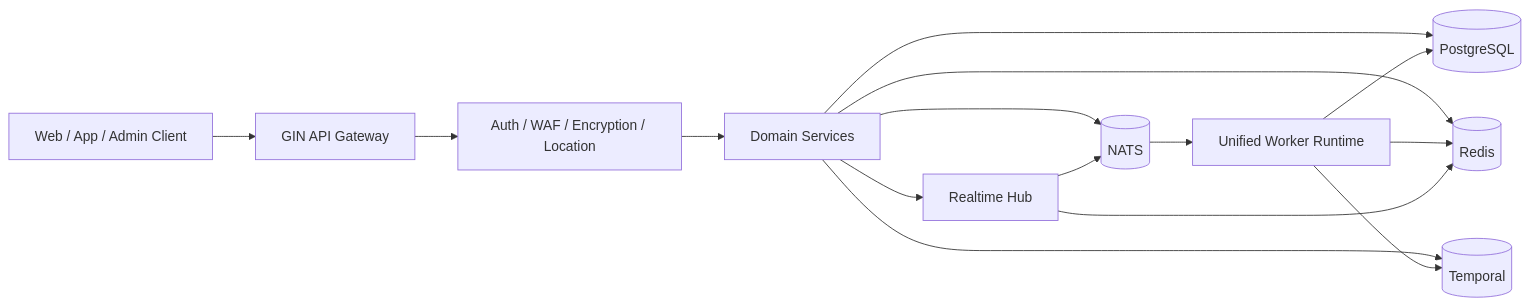
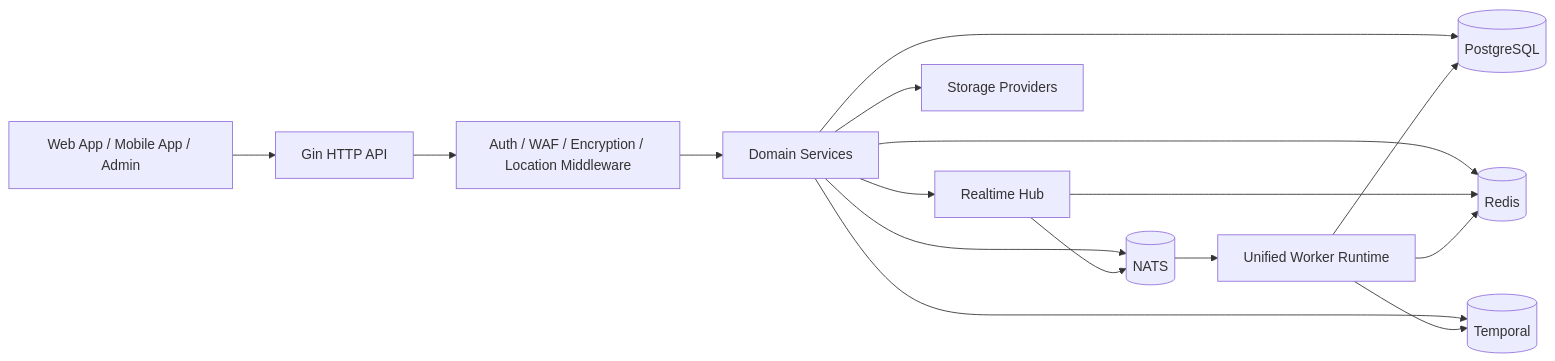
Before and after one commit to MiChongs/aegis: the diagram in README.md, drawn with Mermaid. The commit also changed other lines of this file and 1 other file, not shown here.

````diff
--- a/README.md
+++ b/README.md
@@ -47,28 +85,30 @@
 ```mermaid
 flowchart LR
-    Client[Web / App / Admin Client]
-    Gin[GIN API Gateway]
-    Middleware[Auth / WAF / Encryption / Location]
-    Service[Domain Services]
+    Client[Web App / Mobile App / Admin]
+    API[Gin HTTP API]
+    Mid[Auth / WAF / Encryption / Location Middleware]
+    Services[Domain Services]
+    Realtime[Realtime Hub]
+    Worker[Unified Worker Runtime]
+    PG[(PostgreSQL)]
     Redis[(Redis)]
-    PG[(PostgreSQL)]
     NATS[(NATS)]
     Temporal[(Temporal)]
-    WS[Realtime Hub]
-    Worker[Unified Worker Runtime]
+    OSS[Storage Providers]
 
-    Client --> Gin
-    Gin --> Middleware
-    Middleware --> Service
-    Service --> PG
-    Service --> Redis
-    Service --> NATS
-    Service --> Temporal
-    Service --> WS
+    Client --> API
+    API --> Mid
+    Mid --> Services
+    Services --> PG
+    Services --> Redis
+    Services --> NATS
+    Services --> Temporal
+    Services --> OSS
+    Services --> Realtime
+    Realtime --> Redis
+    Realtime --> NATS
     NATS --> Worker
     Worker --> PG
     Worker --> Redis
     Worker --> Temporal
-    WS --> Redis
-    WS --> NATS
 ```
````
